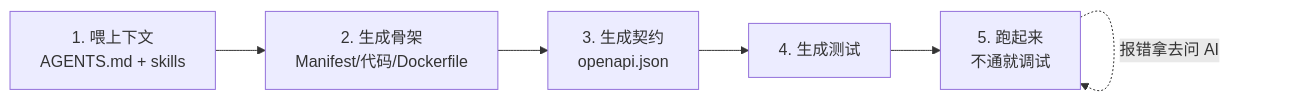
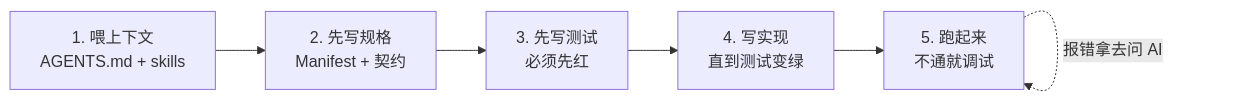
The diagram in docs/zh/ai-development.md (brickKit/brickKit), drawn with Mermaid before and after one commit. The commit also changed other lines of this file and 1 other file, not shown here.

````diff
--- a/docs/zh/ai-development.md
+++ b/docs/zh/ai-development.md
@@ -61,8 +61,8 @@
 ```mermaid
 graph LR
-    S1["1. 喂上下文<br/>AGENTS.md + skills"] --> S2["2. 生成骨架<br/>Manifest/代码/Dockerfile"]
-    S2 --> S3["3. 生成契约<br/>openapi.json"]
-    S3 --> S4["4. 生成测试"]
+    S1["1. 喂上下文<br/>AGENTS.md + skills"] --> S2["2. 先写规格<br/>Manifest + 契约"]
+    S2 --> S3["3. 先写测试<br/>必须先红"]
+    S3 --> S4["4. 写实现<br/>直到测试变绿"]
     S4 --> S5["5. 跑起来<br/>不通就调试"]
     S5 -.->|报错拿去问 AI| S5
 ```
````
